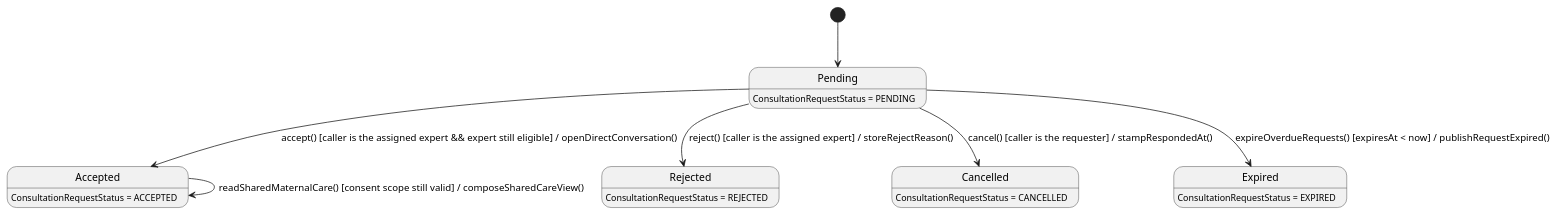
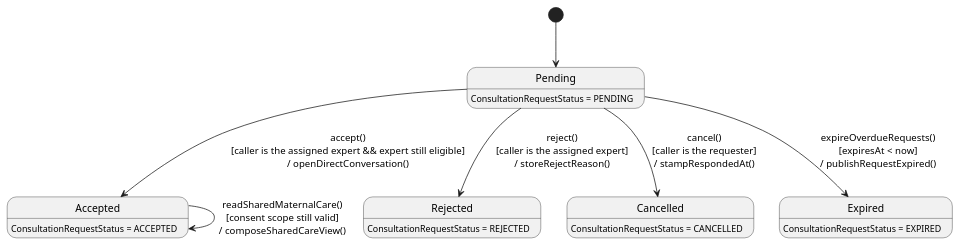
One commit to ChuongBDHE172784/CareBridge_SEP490_G79 changed the third of 3 diagrams in 03_Design/Detailed_Design/MF05_Verified_Expert_Network/03_Consultation_Request_and_Shared_Care_Lifecycle.md. Above: the diagram before and after it, drawn with PlantUML. The commit also changed 61 other files, not shown here.

Commit message:
docs: update detailed design documentation and state chart diagrams across all feature modules

````diff
--- a/03_Design/Detailed_Design/MF05_Verified_Expert_Network/03_Consultation_Request_and_Shared_Care_Lifecycle.md
+++ b/03_Design/Detailed_Design/MF05_Verified_Expert_Network/03_Consultation_Request_and_Shared_Care_Lifecycle.md
@@ -236,19 +236,19 @@
 ```plantuml
 @startuml StateChartDiagram_03ConsultationRequestandSharedCareLifecycle
 hide empty description
 [*] --> Pending
 
-Pending --> Accepted : accept() [caller is the assigned expert && expert still eligible] / openDirectConversation()
-Pending --> Rejected : reject() [caller is the assigned expert] / storeRejectReason()
-Pending --> Cancelled : cancel() [caller is the requester] / stampRespondedAt()
-Pending --> Expired : expireOverdueRequests() [expiresAt < now] / publishRequestExpired()
+Pending --> Accepted : accept()\n[caller is the assigned expert && expert still eligible]\n/ openDirectConversation()
+Pending --> Rejected : reject()\n[caller is the assigned expert]\n/ storeRejectReason()
+Pending --> Cancelled : cancel()\n[caller is the requester]\n/ stampRespondedAt()
+Pending --> Expired : expireOverdueRequests()\n[expiresAt < now]\n/ publishRequestExpired()
 
-Accepted --> Accepted : readSharedMaternalCare() [consent scope still valid] / composeSharedCareView()
+Accepted --> Accepted : readSharedMaternalCare()\n[consent scope still valid]\n/ composeSharedCareView()
 
 Pending : ConsultationRequestStatus = PENDING
 Accepted : ConsultationRequestStatus = ACCEPTED
 Rejected : ConsultationRequestStatus = REJECTED
 Cancelled : ConsultationRequestStatus = CANCELLED
 Expired : ConsultationRequestStatus = EXPIRED
 @enduml
 ```
````
